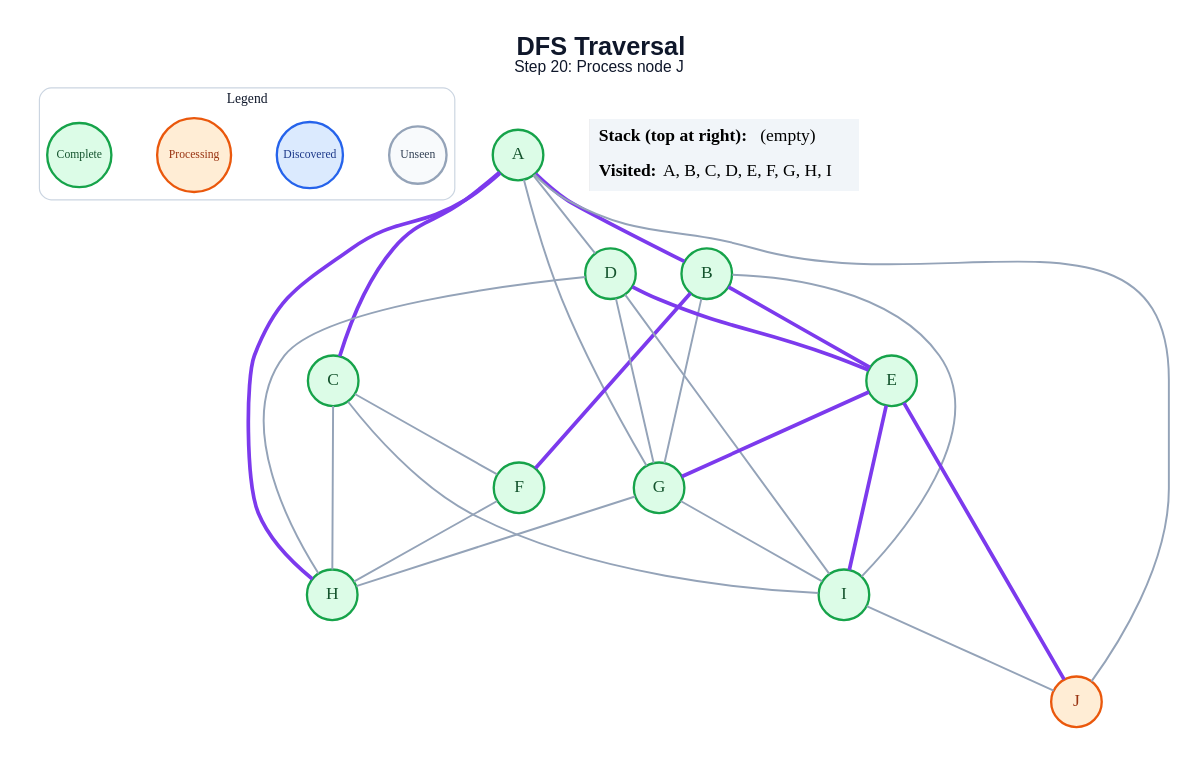
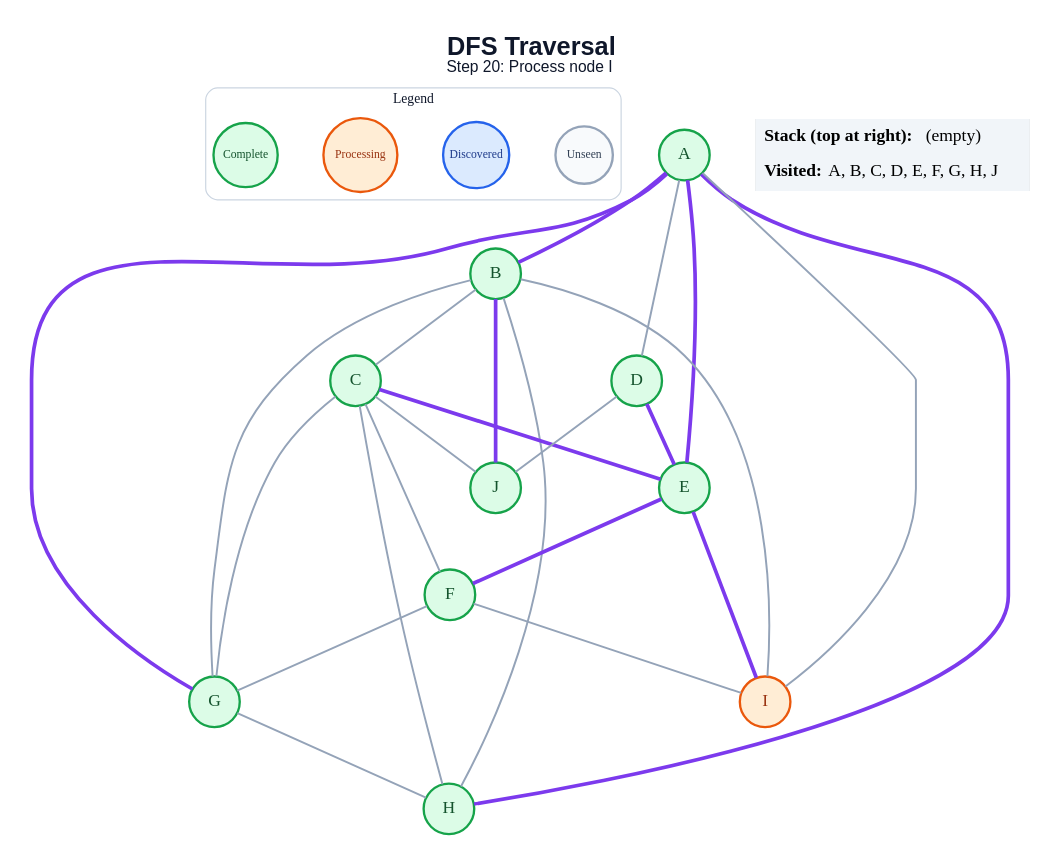
One commit to amanghodawala9/ai-slop changed the diagram in generated/specific-node/dfs/step_20.dot. Above: the diagram before and after it, drawn with Graphviz. The commit also changed 178 other files, not shown here.

```diff
--- a/generated/specific-node/dfs/step_20.dot
+++ b/generated/specific-node/dfs/step_20.dot
@@ -1,53 +1,52 @@
 graph traversal {
   graph [layout=dot, rankdir=TB, bgcolor="#FFFFFF", pad="0.35", nodesep="0.65", ranksep="0.8", fontname="Arial"];
   node [shape=circle, style="filled", fontname="Arial Bold", fontsize=18, width=0.72, fixedsize=true, penwidth=2.4];
   edge [color="#94A3B8", penwidth=2.0];
-  label=<<B>DFS Traversal</B><BR/><FONT POINT-SIZE="16">Step 20: Process node J</FONT>>; labelloc="t"; fontsize=26; fontname="Arial"; fontcolor="#0F172A";
+  label=<<B>DFS Traversal</B><BR/><FONT POINT-SIZE="16">Step 20: Process node I</FONT>>; labelloc="t"; fontsize=26; fontname="Arial"; fontcolor="#0F172A";
   subgraph cluster_legend { label="Legend"; color="#CBD5E1"; penwidth=1.2; style="rounded"; fontsize=14; fontname="Arial Bold";
     key_unseen [label="Unseen", fillcolor="#F8FAFC", color="#94A3B8", fontcolor="#334155", fontsize=12, width=0.82];
     key_frontier [label="Discovered", fillcolor="#DBEAFE", color="#2563EB", fontcolor="#1E3A8A", fontsize=12, width=0.95];
     key_current [label="Processing", fillcolor="#FFEDD5", color="#EA580C", fontcolor="#9A3412", fontsize=12, width=1.05];
     key_done [label="Complete", fillcolor="#DCFCE7", color="#16A34A", fontcolor="#14532D", fontsize=12, width=0.92];
     { rank=same; key_unseen; key_frontier; key_current; key_done; }
   }
   A [fillcolor="#DCFCE7", color="#16A34A", fontcolor="#14532D"];
   B [fillcolor="#DCFCE7", color="#16A34A", fontcolor="#14532D"];
   C [fillcolor="#DCFCE7", color="#16A34A", fontcolor="#14532D"];
   D [fillcolor="#DCFCE7", color="#16A34A", fontcolor="#14532D"];
   E [fillcolor="#DCFCE7", color="#16A34A", fontcolor="#14532D"];
   F [fillcolor="#DCFCE7", color="#16A34A", fontcolor="#14532D"];
   G [fillcolor="#DCFCE7", color="#16A34A", fontcolor="#14532D"];
   H [fillcolor="#DCFCE7", color="#16A34A", fontcolor="#14532D"];
-  I [fillcolor="#DCFCE7", color="#16A34A", fontcolor="#14532D"];
-  J [fillcolor="#FFEDD5", color="#EA580C", fontcolor="#9A3412"];
+  I [fillcolor="#FFEDD5", color="#EA580C", fontcolor="#9A3412"];
+  J [fillcolor="#DCFCE7", color="#16A34A", fontcolor="#14532D"];
   A -- B [color="#7C3AED", penwidth=3.8];
-  A -- C [color="#7C3AED", penwidth=3.8];
   A -- D;
-  A -- G;
+  A -- E [color="#7C3AED", penwidth=3.8];
+  A -- G [color="#7C3AED", penwidth=3.8];
   A -- H [color="#7C3AED", penwidth=3.8];
-  A -- J;
-  B -- E [color="#7C3AED", penwidth=3.8];
-  B -- F [color="#7C3AED", penwidth=3.8];
+  A -- I;
+  B -- C;
   B -- G;
+  B -- H;
   B -- I;
+  B -- J [color="#7C3AED", penwidth=3.8];
+  C -- E [color="#7C3AED", penwidth=3.8];
   C -- F;
+  C -- G;
   C -- H;
-  C -- I;
+  C -- J;
   D -- E [color="#7C3AED", penwidth=3.8];
-  D -- G;
-  D -- H;
-  D -- I;
-  E -- G [color="#7C3AED", penwidth=3.8];
+  D -- J;
+  E -- F [color="#7C3AED", penwidth=3.8];
   E -- I [color="#7C3AED", penwidth=3.8];
-  E -- J [color="#7C3AED", penwidth=3.8];
-  F -- H;
+  F -- G;
+  F -- I;
   G -- H;
-  G -- I;
-  I -- J;
   status [shape=plain, fixedsize=false, width=0, height=0, margin=0, label=<
     <TABLE BORDER="0" CELLBORDER="0" CELLPADDING="7" BGCOLOR="#F1F5F9">
       <TR><TD ALIGN="LEFT"><B>Stack (top at right):</B> (empty)</TD></TR>
-      <TR><TD ALIGN="LEFT"><B>Visited:</B> A, B, C, D, E, F, G, H, I</TD></TR>
+      <TR><TD ALIGN="LEFT"><B>Visited:</B> A, B, C, D, E, F, G, H, J</TD></TR>
     </TABLE>
   >];
 }
```
